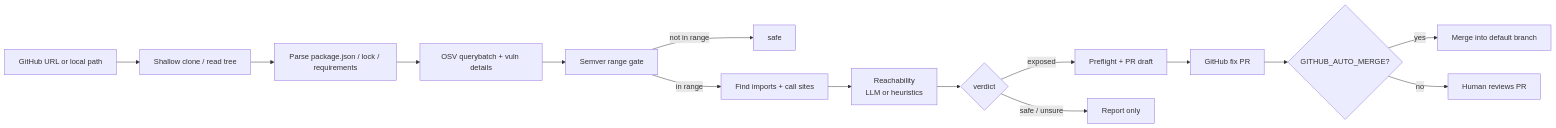
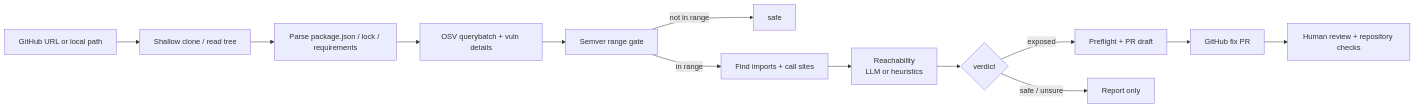
One commit to ashokDevs/notsudo-advisor changed the second of 4 diagrams in README.md. Above: the diagram before and after it, drawn with Mermaid. The commit also changed other lines of this file and 3 other files, not shown here.

````diff
--- a/README.md
+++ b/README.md
@@ -95,17 +95,15 @@
 ```mermaid
 flowchart LR
   A[GitHub URL or local path] --> B[Shallow clone / read tree]
   B --> C[Parse package.json / lock / requirements]
   C --> D[OSV querybatch + vuln details]
   D --> E[Semver range gate]
   E -->|not in range| S[safe]
   E -->|in range| F[Find imports + call sites]
   F --> G[Reachability<br/>LLM or heuristics]
   G --> H{verdict}
   H -->|exposed| I[Preflight + PR draft]
   H -->|safe / unsure| J[Report only]
   I --> K[GitHub fix PR]
-  K --> L{GITHUB_AUTO_MERGE?}
-  L -->|yes| M[Merge into default branch]
-  L -->|no| N[Human reviews PR]
+  K --> N[Human review + repository checks]
 ```
````
